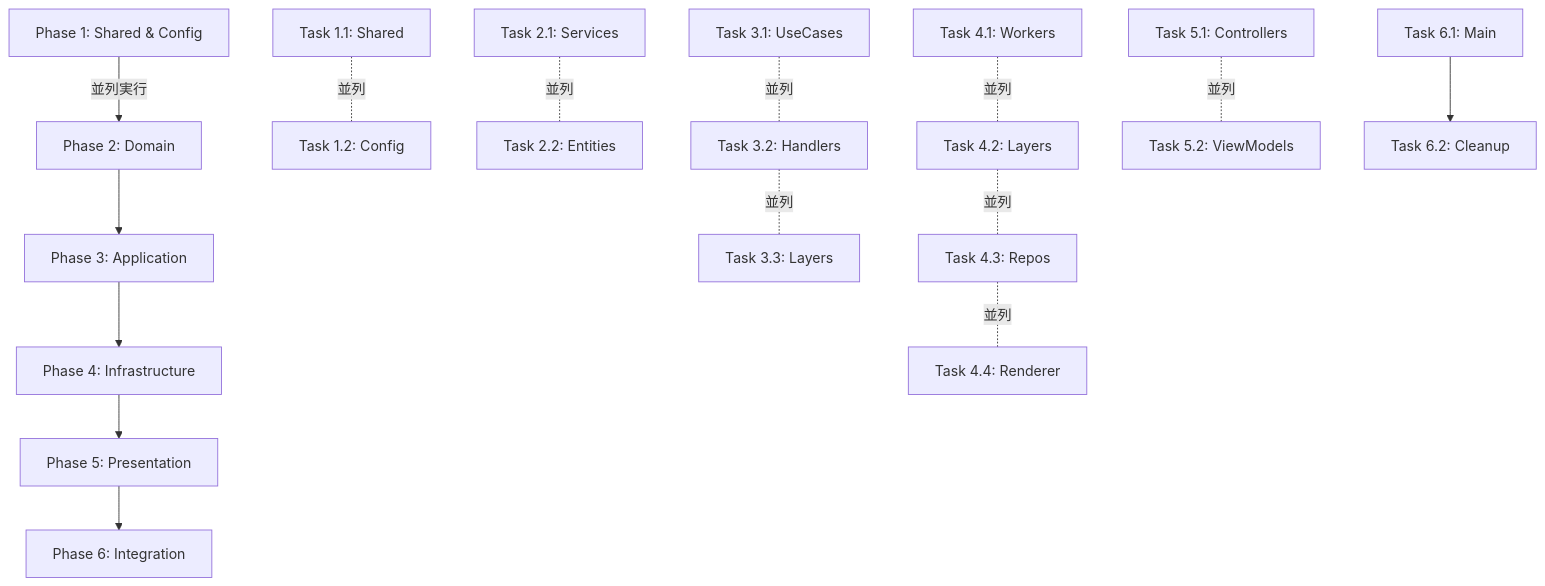
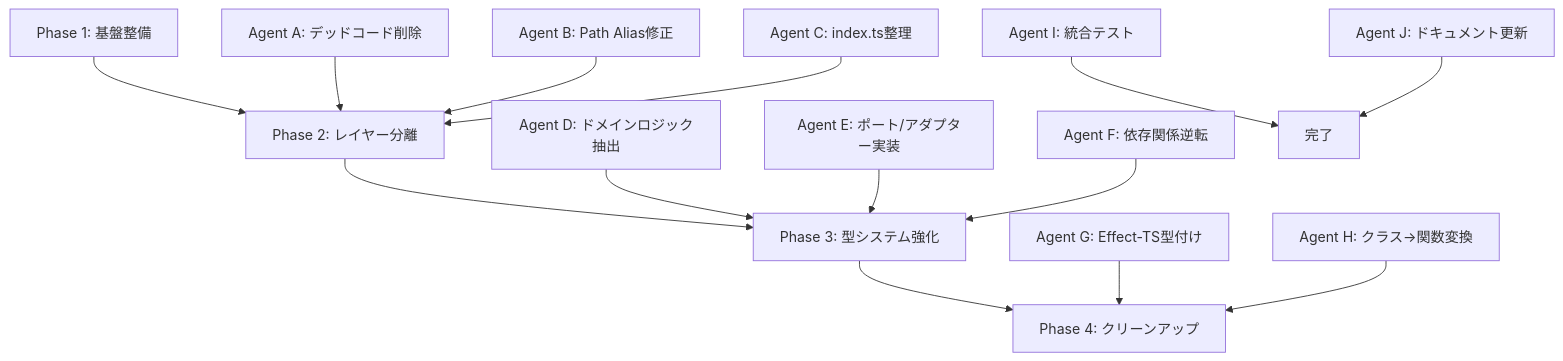
One commit to takeokunn/ts-minecraft changed the diagram in EXECUTION_PLAN_3.md. Above: the diagram before and after it, drawn with Mermaid. The commit also changed other lines of this file and 219 other files, not shown here.

````diff
--- a/EXECUTION_PLAN_3.md
+++ b/EXECUTION_PLAN_3.md
@@ -392,15 +30,20 @@
 ```mermaid
 graph TD
-    A[Phase 1: Shared & Config] -->|並列実行| B[Phase 2: Domain]
-    B --> C[Phase 3: Application]
-    C --> D[Phase 4: Infrastructure]
-    D --> E[Phase 5: Presentation]
-    E --> F[Phase 6: Integration]
-
-    A1[Task 1.1: Shared] -.並列.- A2[Task 1.2: Config]
-    B1[Task 2.1: Services] -.並列.- B2[Task 2.2: Entities]
-    C1[Task 3.1: UseCases] -.並列.- C2[Task 3.2: Handlers] -.並列.- C3[Task 3.3: Layers]
-    D1[Task 4.1: Workers] -.並列.- D2[Task 4.2: Layers] -.並列.- D3[Task 4.3: Repos] -.並列.- D4[Task 4.4: Renderer]
-    E1[Task 5.1: Controllers] -.並列.- E2[Task 5.2: ViewModels]
-    F1[Task 6.1: Main] --> F2[Task 6.2: Cleanup]
+    A[Phase 1: 基盤整備] --> B[Phase 2: レイヤー分離]
+    B --> C[Phase 3: 型システム強化]
+    C --> D[Phase 4: クリーンアップ]
+    
+    A1[Agent A: デッドコード削除] --> B
+    A2[Agent B: Path Alias修正] --> B
+    A3[Agent C: index.ts整理] --> B
+    
+    B1[Agent D: ドメインロジック抽出] --> C
+    B2[Agent E: ポート/アダプター実装] --> C
+    B3[Agent F: 依存関係逆転] --> C
+    
+    C1[Agent G: Effect-TS型付け] --> D
+    C2[Agent H: クラス→関数変換] --> D
+    
+    D1[Agent I: 統合テスト] --> E[完了]
+    D2[Agent J: ドキュメント更新] --> E
 ```
````
